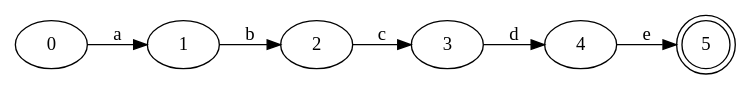
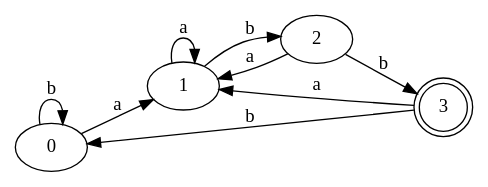
Before and after one commit to jua16073/lenguajes_proy1: the diagram in test-output/dfa_direct.gv, drawn with Graphviz. The commit also changed 9 other files, not shown here.

```diff
--- a/test-output/dfa_direct.gv
+++ b/test-output/dfa_direct.gv
@@ -1,14 +1,15 @@
 digraph Automata {
 	rankdir=LR
 	0 [label=0]
 	0 -> 1 [label=a]
+	0 -> 0 [label=b]
 	1 [label=1]
+	1 -> 1 [label=a]
 	1 -> 2 [label=b]
 	2 [label=2]
-	2 -> 3 [label=c]
-	3 [label=3]
-	3 -> 4 [label=d]
-	4 [label=4]
-	4 -> 5 [label=e]
-	5 [label=5 shape=doublecircle]
+	2 -> 1 [label=a]
+	2 -> 3 [label=b]
+	3 [label=3 shape=doublecircle]
+	3 -> 1 [label=a]
+	3 -> 0 [label=b]
 }
```
